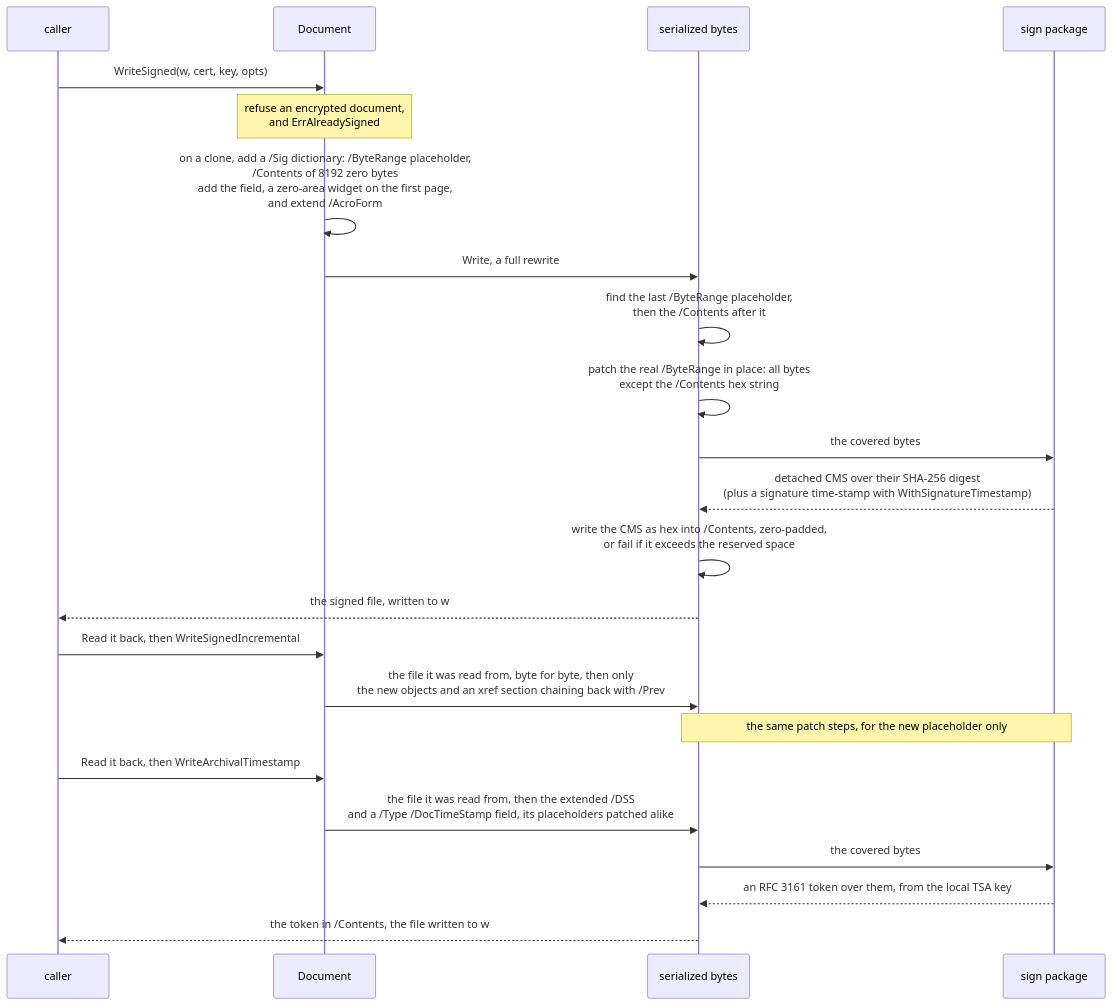
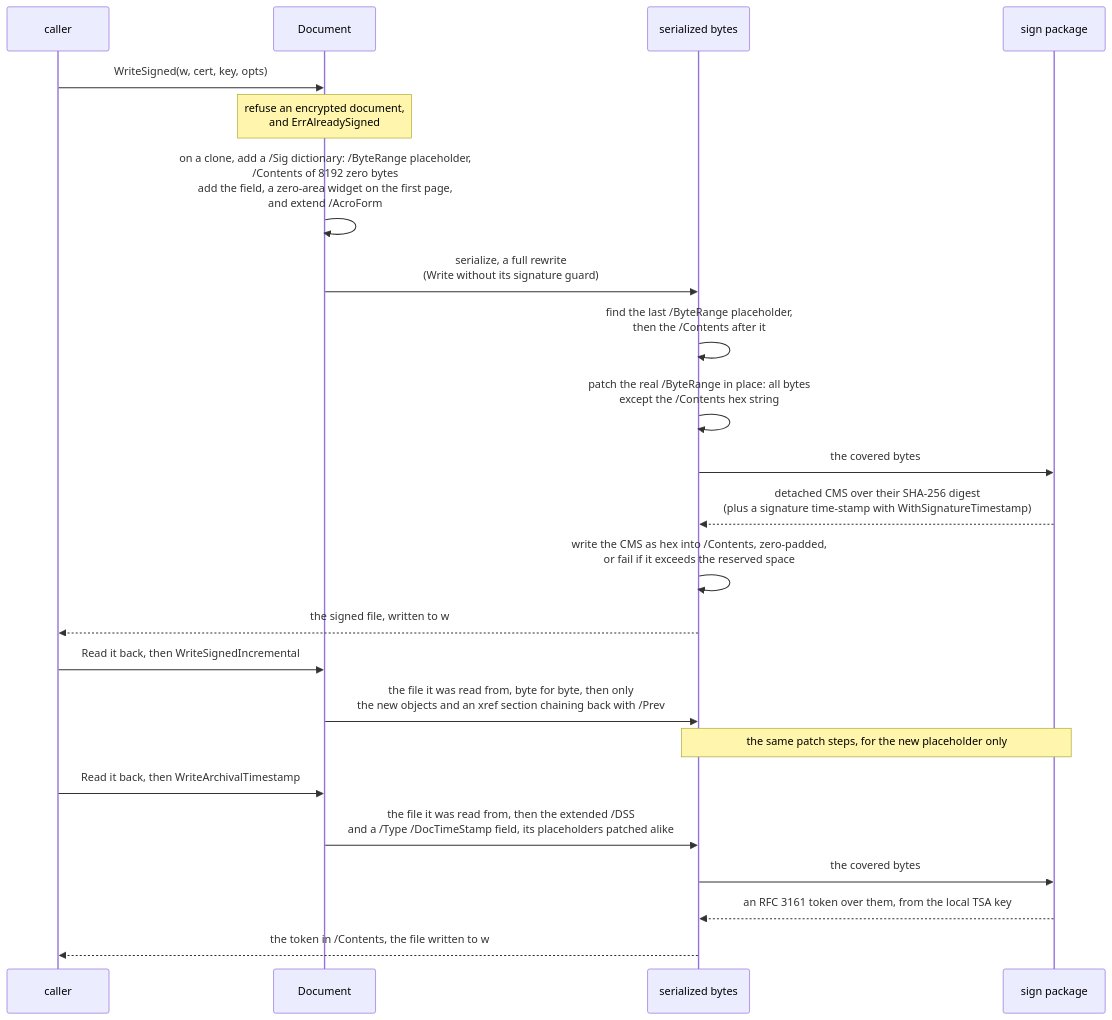
The second of 3 diagrams in docs/signing.md (mgilbir/pdf0), drawn with Mermaid before and after one commit. The commit also changed other lines of this file and 2 other files, not shown here.

First line of the commit message:
signing, encryption, troubleshooting: the signature guard on whole-file writes, and its consent

````diff
--- a/docs/signing.md
+++ b/docs/signing.md
@@ -425,25 +486,25 @@
 ```mermaid
 sequenceDiagram
     participant C as caller
     participant D as Document
     participant B as serialized bytes
     participant S as sign package
     C->>D: WriteSigned(w, cert, key, opts)
     Note over D: refuse an encrypted document,<br/>and ErrAlreadySigned
     D->>D: on a clone, add a /Sig dictionary: /ByteRange placeholder,<br/>/Contents of 8192 zero bytes<br/>add the field, a zero-area widget on the first page,<br/>and extend /AcroForm
-    D->>B: Write, a full rewrite
+    D->>B: serialize, a full rewrite<br/>(Write without its signature guard)
     B->>B: find the last /ByteRange placeholder,<br/>then the /Contents after it
     B->>B: patch the real /ByteRange in place: all bytes<br/>except the /Contents hex string
     B->>S: the covered bytes
     S-->>B: detached CMS over their SHA-256 digest<br/>(plus a signature time-stamp with WithSignatureTimestamp)
     B->>B: write the CMS as hex into /Contents, zero-padded,<br/>or fail if it exceeds the reserved space
     B-->>C: the signed file, written to w
     C->>D: Read it back, then WriteSignedIncremental
     D->>B: the file it was read from, byte for byte, then only<br/>the new objects and an xref section chaining back with /Prev
     Note over B,S: the same patch steps, for the new placeholder only
     C->>D: Read it back, then WriteArchivalTimestamp
     D->>B: the file it was read from, then the extended /DSS<br/>and a /Type /DocTimeStamp field, its placeholders patched alike
     B->>S: the covered bytes
     S-->>B: an RFC 3161 token over them, from the local TSA key
     B-->>C: the token in /Contents, the file written to w
 ```
````
